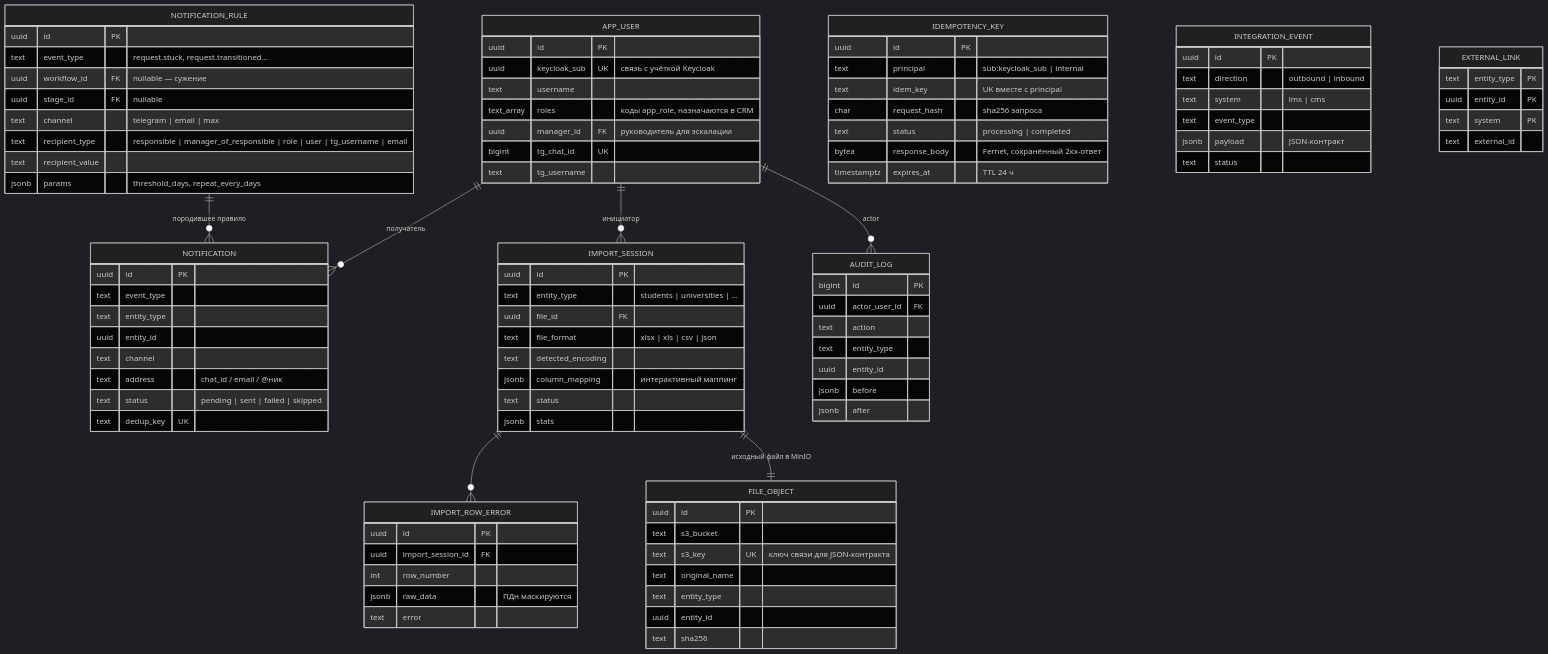
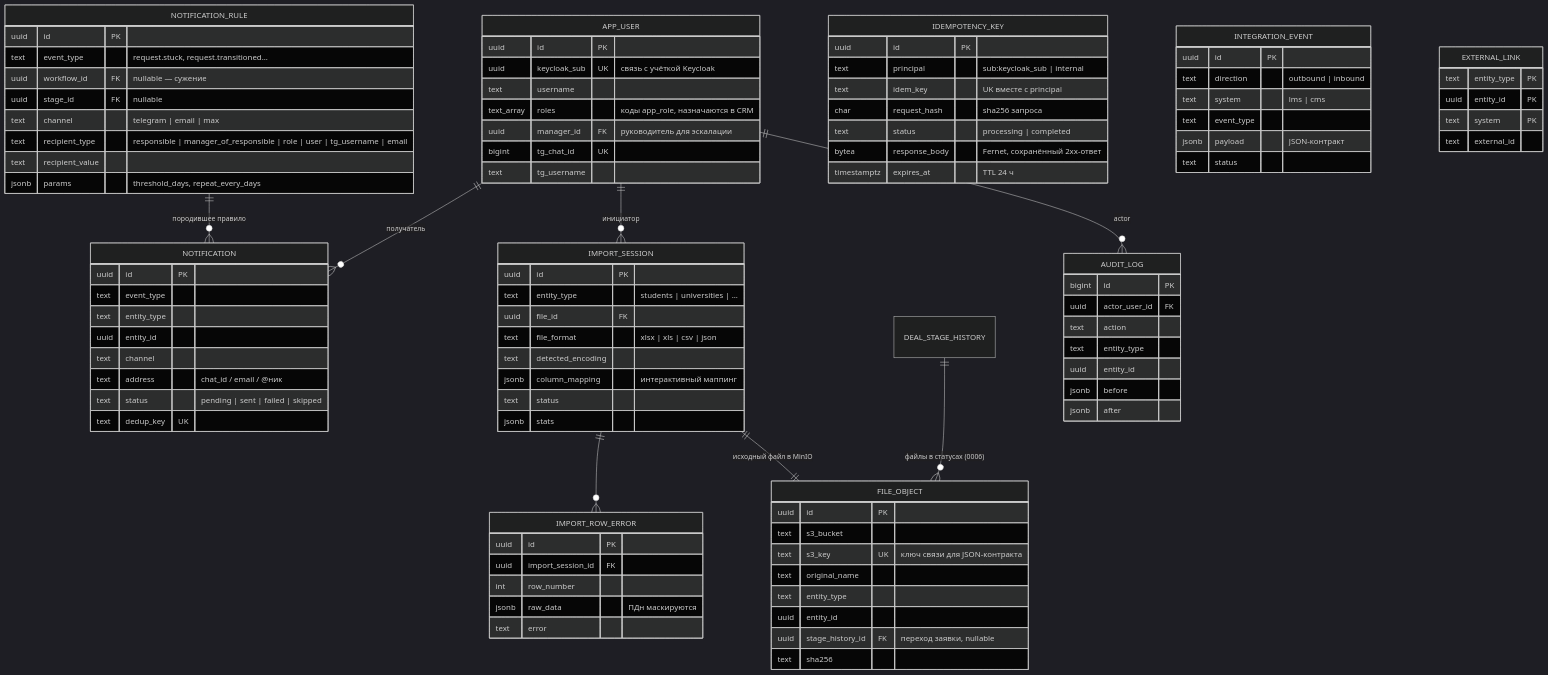
One commit to ilya2108/Collabse-LCT-Alma changed the fourth of 8 diagrams in docs/design/data-model.md. Above: the diagram before and after it, drawn with Mermaid (dark theme). The commit also changed other lines of this file and 25 other files, not shown here.

```diff
--- a/docs/design/data-model.md
+++ b/docs/design/data-model.md
@@ -269,6 +290,7 @@
     APP_USER ||--o{ IMPORT_SESSION : "инициатор"
     IMPORT_SESSION ||--o{ IMPORT_ROW_ERROR : ""
     IMPORT_SESSION ||--|| FILE_OBJECT : "исходный файл в MinIO"
+    DEAL_STAGE_HISTORY ||--o{ FILE_OBJECT : "файлы в статусах (0006)"
     APP_USER ||--o{ AUDIT_LOG : "actor"
 
     APP_USER {
@@ -316,6 +338,7 @@
         text original_name
         text entity_type
         uuid entity_id
+        uuid stage_history_id FK "переход заявки, nullable"
         text sha256
     }
     IMPORT_SESSION {
```
